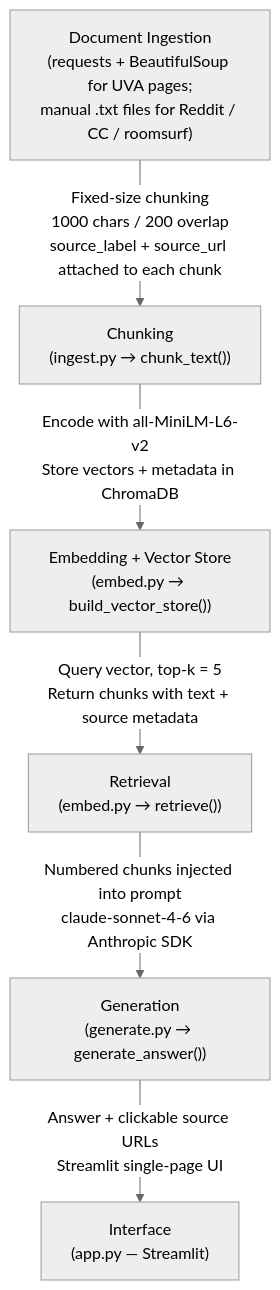
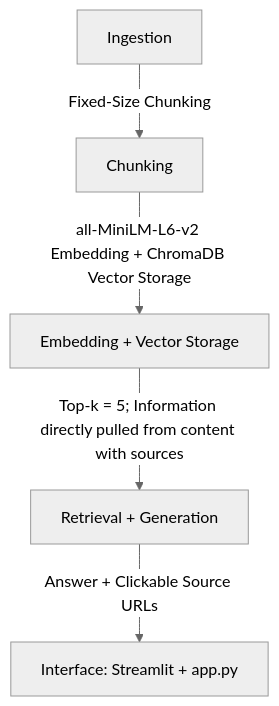
The diagram in planning.md (DanielGao2766/ai201-project1-unofficial-guide-starter), drawn with Mermaid (neutral theme) before and after one commit. The commit also changed other lines of this file, not shown here.

Commit message:
Updated with correct mermaid diagram

````diff
--- a/planning.md
+++ b/planning.md
@@ -117,19 +117,7 @@
 ```mermaid
 flowchart TD
-    A["Document Ingestion\n(requests + BeautifulSoup for UVA pages;\nmanual .txt files for Reddit / CC / roomsurf)"]
-    A --> |"Fixed-size chunking\n1000 chars / 200 overlap\nsource_label + source_url attached to each chunk"| B
-
-    B["Chunking\n(ingest.py → chunk_text())"]
-    B --> |"Encode with all-MiniLM-L6-v2\nStore vectors + metadata in ChromaDB"| C
-
-    C["Embedding + Vector Store\n(embed.py → build_vector_store())"]
-    C --> |"Query vector, top-k = 5\nReturn chunks with text + source metadata"| D
-
-    D["Retrieval\n(embed.py → retrieve())"]
-    D --> |"Numbered chunks injected into prompt\nclaude-sonnet-4-6 via Anthropic SDK"| E
-
-    E["Generation\n(generate.py → generate_answer())"]
-    E --> |"Answer + clickable source URLs\nStreamlit single-page UI"| F
-
-    F["Interface\n(app.py — Streamlit)"]
+    A["Ingestion"] -->|"Fixed-Size Chunking"| B["Chunking"]
+    B -->|"all-MiniLM-L6-v2 Embedding + ChromaDB Vector Storage"| C["Embedding + Vector Storage"]
+    C -->|"Top-k = 5; Information directly pulled from content with sources"| D["Retrieval + Generation"]
+    D -->|"Answer + Clickable Source URLs"| E["Interface: Streamlit + app.py"]
 ```
````
